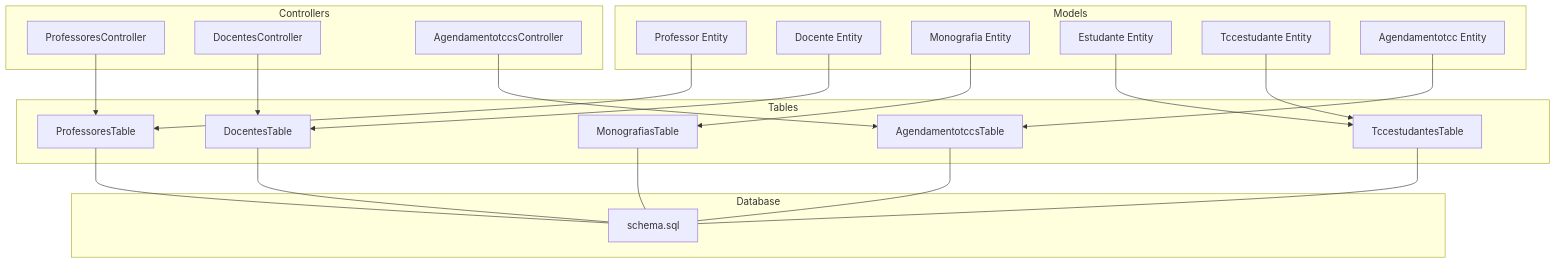
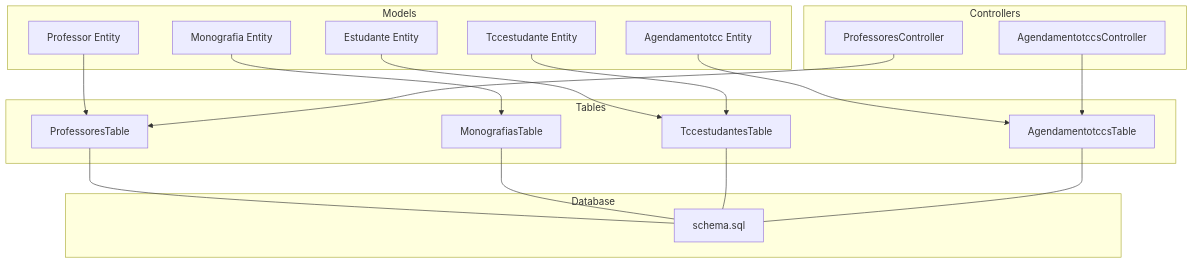
The first of 6 diagrams in .qoder/repowiki/en/content/Professor and Supervisor Management.md (luiseduacosta/tcc4), drawn with Mermaid before and after one commit. The commit also changed other lines of this file and 68 other files, not shown here.

````diff
--- a/.qoder/repowiki/en/content/Professor and Supervisor Management.md
+++ b/.qoder/repowiki/en/content/Professor and Supervisor Management.md
@@ -51,40 +49,34 @@
 ```mermaid
 graph TB
 subgraph "Models"
 P["Professor Entity"]
-D["Docente Entity"]
 M["Monografia Entity"]
 E["Estudante Entity"]
 T["Tccestudante Entity"]
 A["Agendamentotcc Entity"]
 end
 subgraph "Tables"
 PT["ProfessoresTable"]
-DT["DocentesTable"]
 MT["MonografiasTable"]
 TT["TccestudantesTable"]
 AT["AgendamentotccsTable"]
 end
 subgraph "Controllers"
 PC["ProfessoresController"]
-DC["DocentesController"]
 AC["AgendamentotccsController"]
 end
 subgraph "Database"
 S["schema.sql"]
 end
 P --> PT
-D --> DT
 M --> MT
 E --> TT
 T --> TT
 A --> AT
 PC --> PT
-DC --> DT
 AC --> AT
 PT --- S
-DT --- S
 MT --- S
 TT --- S
 AT --- S
 ```
````
